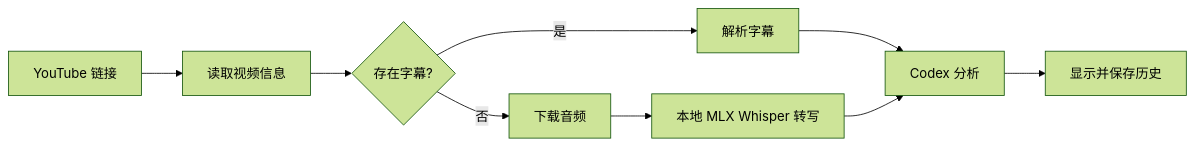
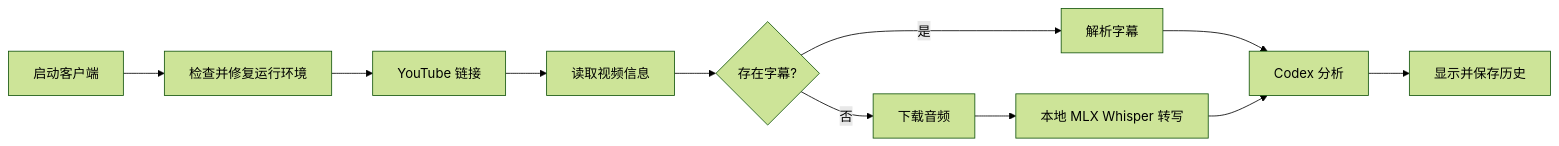
Before and after one commit to xuweiqiang/YouTubeInsight: the diagram in README.md, drawn with Mermaid (forest theme). The commit also changed other lines of this file and 23 other files, not shown here.

````diff
--- a/README.md
+++ b/README.md
@@ -20,11 +22,13 @@
 ```mermaid
 flowchart LR
-    A[YouTube 链接] --> B[读取视频信息]
-    B --> C{存在字幕?}
-    C -- 是 --> D[解析字幕]
-    C -- 否 --> E[下载音频]
-    E --> F[本地 MLX Whisper 转写]
-    D --> G[Codex 分析]
-    F --> G
-    G --> H[显示并保存历史]
+    A[启动客户端] --> B[检查并修复运行环境]
+    B --> C[YouTube 链接]
+    C --> D[读取视频信息]
+    D --> E{存在字幕?}
+    E -- 是 --> F[解析字幕]
+    E -- 否 --> G[下载音频]
+    G --> H[本地 MLX Whisper 转写]
+    F --> I[Codex 分析]
+    H --> I
+    I --> J[显示并保存历史]
 ```
````
